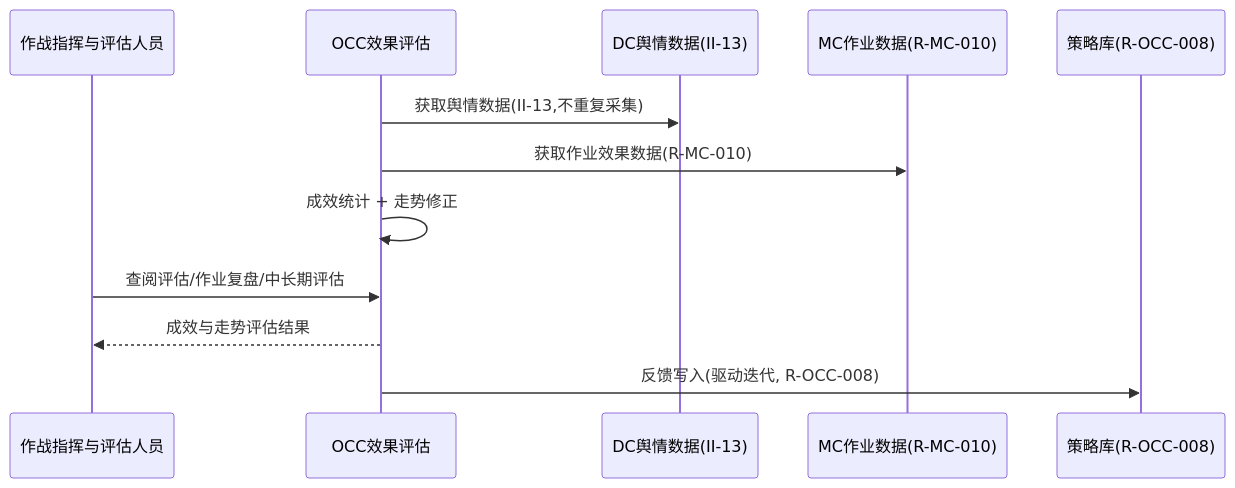
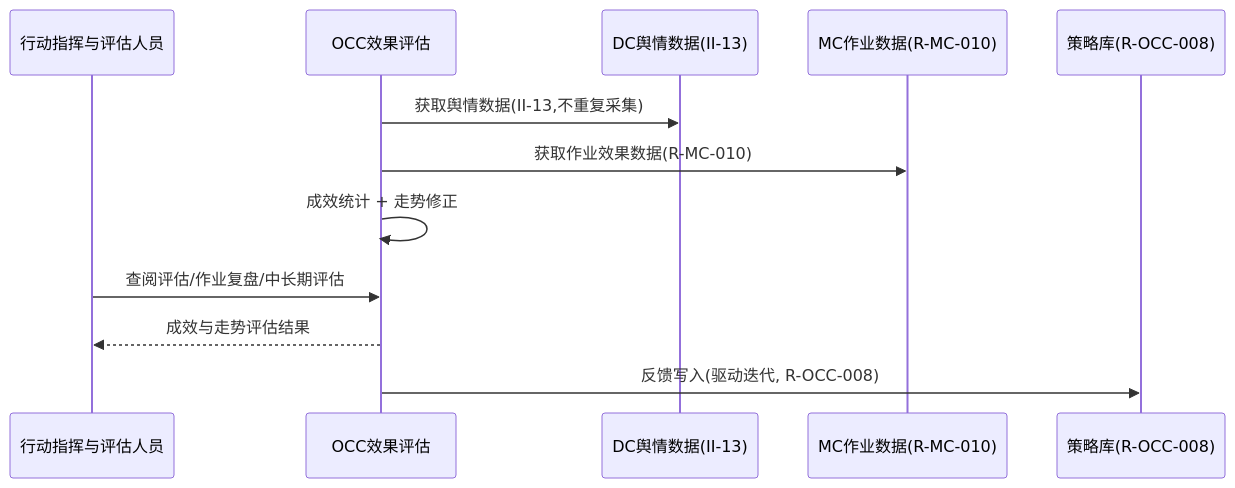
One commit to Sj-g/obsidian changed the eighth of 12 diagrams in 公司项目/认知作战/文档/SRS/软件需求规格说明-OCC子系统.md. Above: the diagram before and after it, drawn with Mermaid. The commit also changed other lines of this file and 9 other files, not shown here.

````diff
--- a/公司项目/认知作战/文档/SRS/软件需求规格说明-OCC子系统.md
+++ b/公司项目/认知作战/文档/SRS/软件需求规格说明-OCC子系统.md
@@ -536,14 +542,14 @@
 ```mermaid
 sequenceDiagram
-  participant 评估 as 作战指挥与评估人员
+  participant 评估 as 行动指挥与评估人员
   participant OCC as OCC效果评估
   participant DC as DC舆情数据(II-13)
   participant MC as MC作业数据(R-MC-010)
   participant 策略库 as 策略库(R-OCC-008)
   OCC->>DC: 获取舆情数据(II-13,不重复采集)
   OCC->>MC: 获取作业效果数据(R-MC-010)
   OCC->>OCC: 成效统计 + 走势修正
   评估->>OCC: 查阅评估/作业复盘/中长期评估
   OCC-->>评估: 成效与走势评估结果
   OCC->>策略库: 反馈写入(驱动迭代, R-OCC-008)
 ```
````
